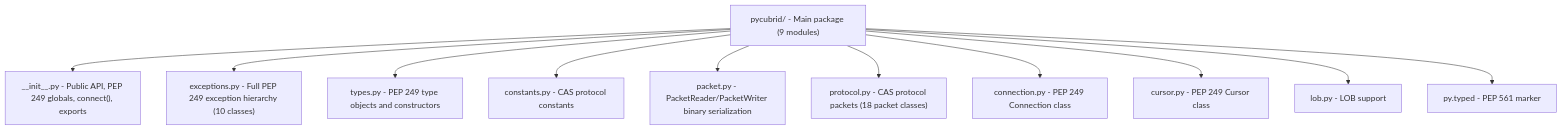
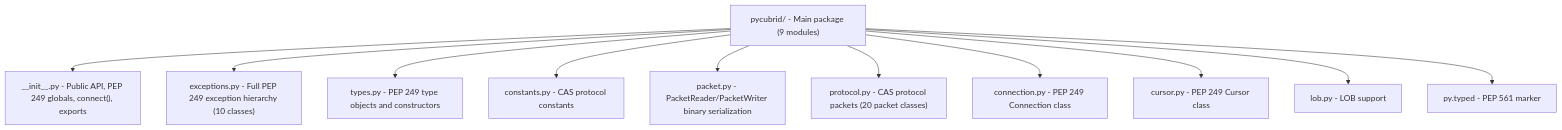
Before and after one commit to cubrid-lab/pycubrid: the first of 3 diagrams in AGENTS.md, drawn with Mermaid. The commit also changed other lines of this file and 18 other files, not shown here.

First line of the commit message:
Make the scalar CAS packet contract safe before exposing prepared cursors

````diff
--- a/AGENTS.md
+++ b/AGENTS.md
@@ -18,25 +18,25 @@
 ```mermaid
 graph TD
     root["pycubrid/ - Main package (9 modules)"]
     init["__init__.py - Public API, PEP 249 globals, connect(), exports"]
     exceptions["exceptions.py - Full PEP 249 exception hierarchy (10 classes)"]
     types[types.py - PEP 249 type objects and constructors]
     constants[constants.py - CAS protocol constants]
     packet[packet.py - PacketReader/PacketWriter binary serialization]
-    protocol["protocol.py - CAS protocol packets (18 packet classes)"]
+    protocol["protocol.py - CAS protocol packets (20 packet classes)"]
     connection[connection.py - PEP 249 Connection class]
     cursor[cursor.py - PEP 249 Cursor class]
     lob[lob.py - LOB support]
     typed[py.typed - PEP 561 marker]
 
     root --> init
     root --> exceptions
     root --> types
     root --> constants
     root --> packet
     root --> protocol
     root --> connection
     root --> cursor
     root --> lob
     root --> typed
 ```
````
